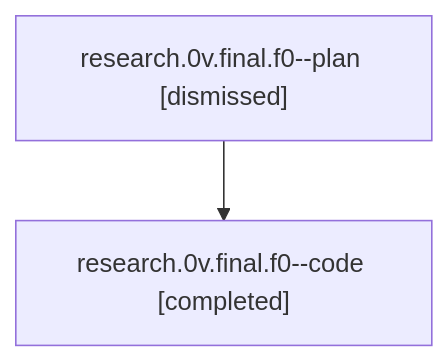
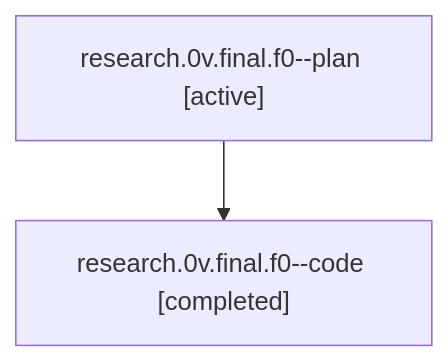
The diagram in families/bbugyi200.athena.research.0v.final.f0.md (sase-org/sase--agents), drawn with Mermaid before and after one commit. The commit also changed other lines of this file and 601 other files, not shown here.

````diff
--- a/families/bbugyi200.athena.research.0v.final.f0.md
+++ b/families/bbugyi200.athena.research.0v.final.f0.md
@@ -9,6 +9,6 @@
 ```mermaid
 flowchart TD
-  n0["research.0v.final.f0--plan [dismissed]"]
+  n0["research.0v.final.f0--plan [active]"]
   n1["research.0v.final.f0--code [completed]"]
   n0 --> n1
 ```
````
